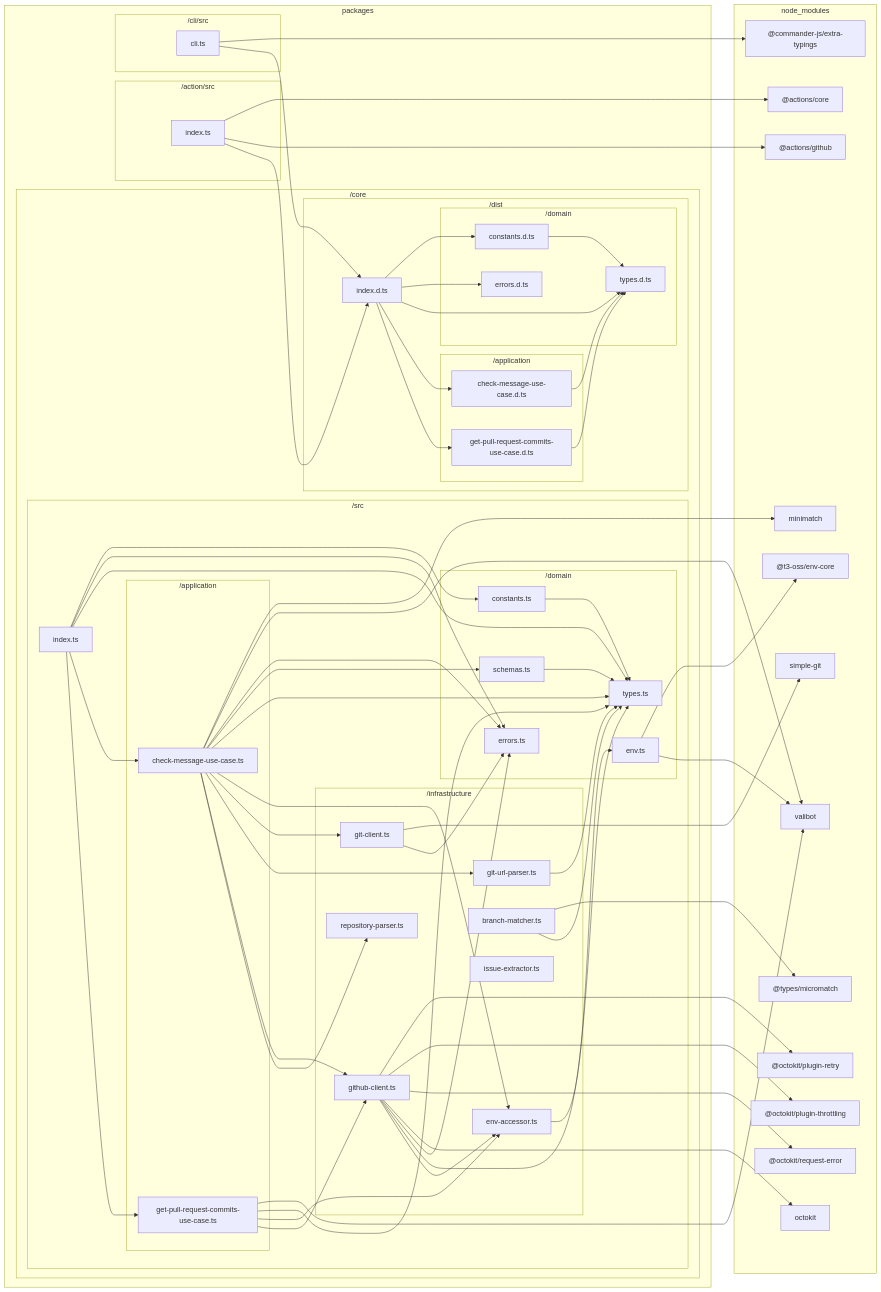
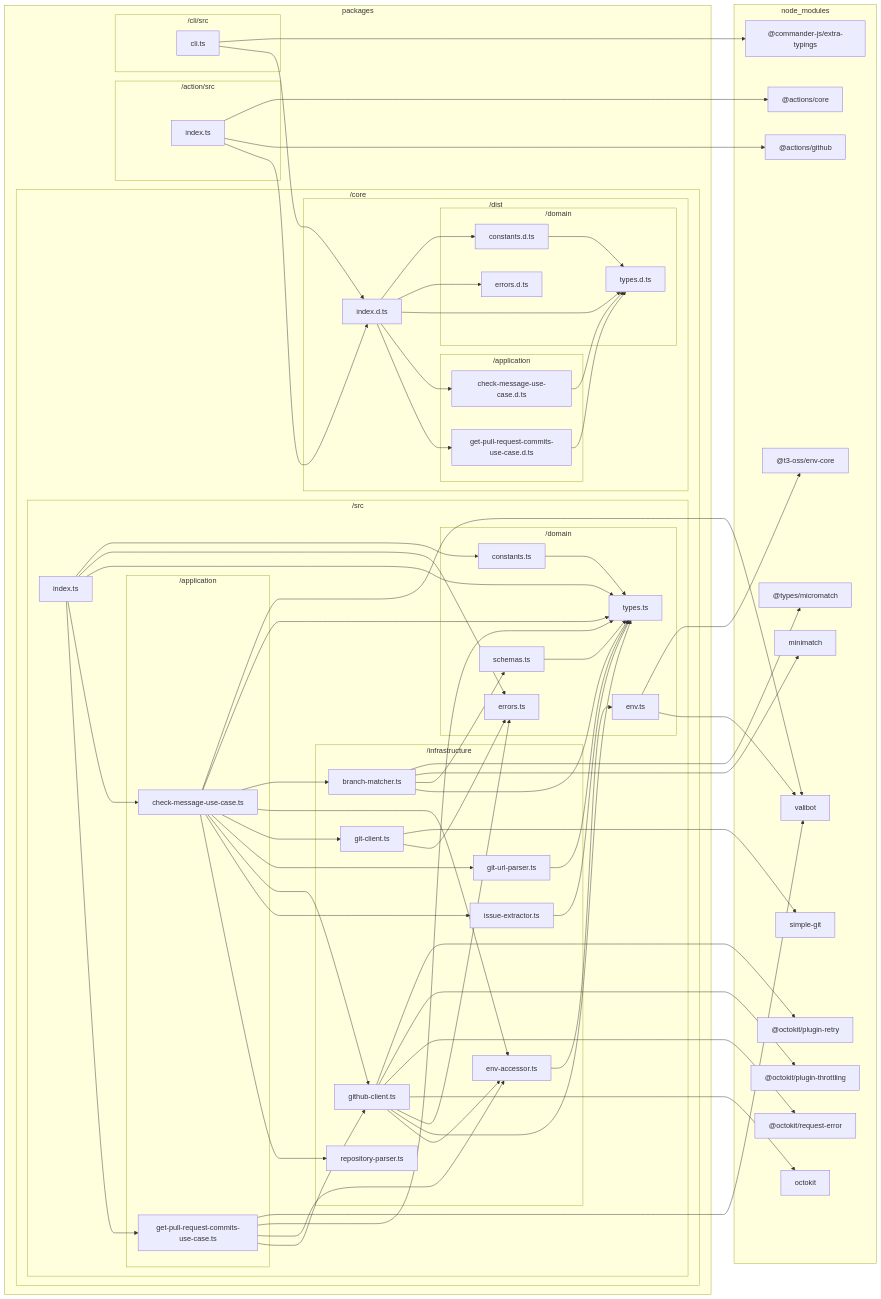
The diagram in docs/reports/dependencies/all.md (sugurutakahashi-1234/issue-linker), drawn with Mermaid before and after one commit. The commit also changed 15 other files, not shown here.

````diff
--- a/docs/reports/dependencies/all.md
+++ b/docs/reports/dependencies/all.md
@@ -30,13 +30,13 @@
                     packages/core/src/domain/env.ts["env.ts"]
                 end
                 subgraph packages/core/src/infrastructure["/infrastructure"]
+                    packages/core/src/infrastructure/branch//matcher.ts["branch-matcher.ts"]
                     packages/core/src/infrastructure/env//accessor.ts["env-accessor.ts"]
                     packages/core/src/infrastructure/git//client.ts["git-client.ts"]
                     packages/core/src/infrastructure/git//url//parser.ts["git-url-parser.ts"]
                     packages/core/src/infrastructure/github//client.ts["github-client.ts"]
+                    packages/core/src/infrastructure/issue//extractor.ts["issue-extractor.ts"]
                     packages/core/src/infrastructure/repository//parser.ts["repository-parser.ts"]
-                    packages/core/src/infrastructure/branch//matcher.ts["branch-matcher.ts"]
-                    packages/core/src/infrastructure/issue//extractor.ts["issue-extractor.ts"]
                 end
                 subgraph packages/core/src/application["/application"]
                     packages/core/src/application/check//message//use//case.ts["check-message-use-case.ts"]
@@ -55,6 +55,8 @@
         node//modules///actions/core/lib/core.d.ts["@actions/core"]
         node//modules///actions/github/lib/github.d.ts["@actions/github"]
         node//modules///commander//js/extra//typings/index.d.ts["@commander-js/extra-typings"]
+        node//modules///types/micromatch/index.d.ts["@types/micromatch"]
+        node//modules/minimatch/dist/commonjs/index.d.ts["minimatch"]
         node//modules///t3//oss/env//core/dist/index.d.ts["@t3-oss/env-core"]
         node//modules/valibot/dist/index.d.cts["valibot"]
         node//modules/simple//git/dist/typings/index.d.ts["simple-git"]
@@ -62,8 +64,6 @@
         node//modules///octokit/plugin//throttling/dist//types/index.d.ts["@octokit/plugin-throttling"]
         node//modules///octokit/request//error/dist//types/index.d.ts["@octokit/request-error"]
         node//modules/octokit/dist//types/index.d.ts["octokit"]
-        node//modules/minimatch/dist/commonjs/index.d.ts["minimatch"]
-        node//modules///types/micromatch/index.d.ts["@types/micromatch"]
     end
     packages/core/dist/domain/constants.d.ts-->packages/core/dist/domain/types.d.ts
     packages/core/dist/application/check//message//use//case.d.ts-->packages/core/dist/domain/types.d.ts
@@ -80,6 +80,10 @@
     packages/cli/src/cli.ts-->packages/core/dist/index.d.ts
     packages/core/src/domain/constants.ts-->packages/core/src/domain/types.ts
     packages/core/src/domain/schemas.ts-->packages/core/src/domain/types.ts
+    packages/core/src/infrastructure/branch//matcher.ts-->node//modules///types/micromatch/index.d.ts
+    packages/core/src/infrastructure/branch//matcher.ts-->node//modules/minimatch/dist/commonjs/index.d.ts
+    packages/core/src/infrastructure/branch//matcher.ts-->packages/core/src/domain/schemas.ts
+    packages/core/src/infrastructure/branch//matcher.ts-->packages/core/src/domain/types.ts
     packages/core/src/domain/env.ts-->node//modules///t3//oss/env//core/dist/index.d.ts
     packages/core/src/domain/env.ts-->node//modules/valibot/dist/index.d.cts
     packages/core/src/infrastructure/env//accessor.ts-->packages/core/src/domain/env.ts
@@ -93,15 +97,15 @@
     packages/core/src/infrastructure/github//client.ts-->packages/core/src/domain/errors.ts
     packages/core/src/infrastructure/github//client.ts-->packages/core/src/domain/types.ts
     packages/core/src/infrastructure/github//client.ts-->packages/core/src/infrastructure/env//accessor.ts
-    packages/core/src/application/check//message//use//case.ts-->node//modules/minimatch/dist/commonjs/index.d.ts
+    packages/core/src/infrastructure/issue//extractor.ts-->packages/core/src/domain/types.ts
     packages/core/src/application/check//message//use//case.ts-->node//modules/valibot/dist/index.d.cts
-    packages/core/src/application/check//message//use//case.ts-->packages/core/src/domain/errors.ts
-    packages/core/src/application/check//message//use//case.ts-->packages/core/src/domain/schemas.ts
     packages/core/src/application/check//message//use//case.ts-->packages/core/src/domain/types.ts
+    packages/core/src/application/check//message//use//case.ts-->packages/core/src/infrastructure/branch//matcher.ts
     packages/core/src/application/check//message//use//case.ts-->packages/core/src/infrastructure/env//accessor.ts
     packages/core/src/application/check//message//use//case.ts-->packages/core/src/infrastructure/git//client.ts
     packages/core/src/application/check//message//use//case.ts-->packages/core/src/infrastructure/git//url//parser.ts
     packages/core/src/application/check//message//use//case.ts-->packages/core/src/infrastructure/github//client.ts
+    packages/core/src/application/check//message//use//case.ts-->packages/core/src/infrastructure/issue//extractor.ts
     packages/core/src/application/check//message//use//case.ts-->packages/core/src/infrastructure/repository//parser.ts
     packages/core/src/application/get//pull//request//commits//use//case.ts-->node//modules/valibot/dist/index.d.cts
     packages/core/src/application/get//pull//request//commits//use//case.ts-->packages/core/src/domain/types.ts
@@ -112,6 +116,4 @@
     packages/core/src/index.ts-->packages/core/src/domain/types.ts
     packages/core/src/index.ts-->packages/core/src/application/check//message//use//case.ts
     packages/core/src/index.ts-->packages/core/src/application/get//pull//request//commits//use//case.ts
-    packages/core/src/infrastructure/branch//matcher.ts-->node//modules///types/micromatch/index.d.ts
-    packages/core/src/infrastructure/branch//matcher.ts-->packages/core/src/domain/types.ts
 ```
````
